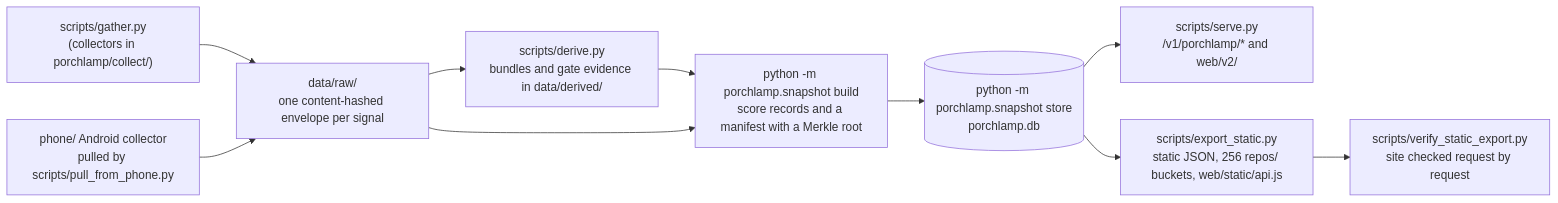
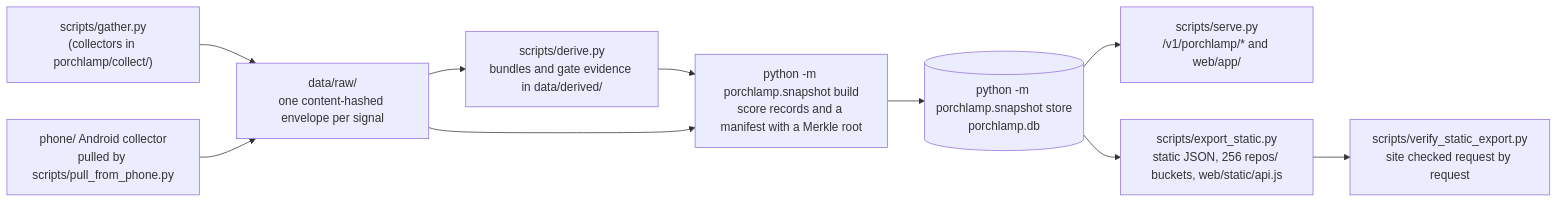
One commit to pctablet505/porchlamp-engine changed the first of 17 diagrams in docs/ARCHITECTURE.md. Above: the diagram before and after it, drawn with Mermaid. The commit also changed 85 other files, not shown here.

First line of the commit message:
chore(web): the app lives in web/app (was web/v2); the theme key is porchlamp-theme

````diff
--- a/docs/ARCHITECTURE.md
+++ b/docs/ARCHITECTURE.md
@@ -9,12 +9,12 @@
 ```mermaid
 flowchart LR
     G["scripts/gather.py<br/>(collectors in porchlamp/collect/)"] --> RAW
     PH["phone/ Android collector<br/>pulled by scripts/pull_from_phone.py"] --> RAW
     RAW["data/raw/<br/>one content-hashed envelope per signal"] --> DER["scripts/derive.py<br/>bundles and gate evidence in data/derived/"]
     DER --> BUILD["python -m porchlamp.snapshot build<br/>score records and a manifest with a Merkle root"]
     RAW --> BUILD
     BUILD --> STORE[("python -m porchlamp.snapshot store<br/>porchlamp.db")]
-    STORE --> SERVE["scripts/serve.py<br/>/v1/porchlamp/* and web/v2/"]
+    STORE --> SERVE["scripts/serve.py<br/>/v1/porchlamp/* and web/app/"]
     STORE --> PUB["scripts/export_static.py<br/>static JSON, 256 repos/ buckets, web/static/api.js"]
     PUB --> VER["scripts/verify_static_export.py<br/>site checked request by request"]
 ```
````
